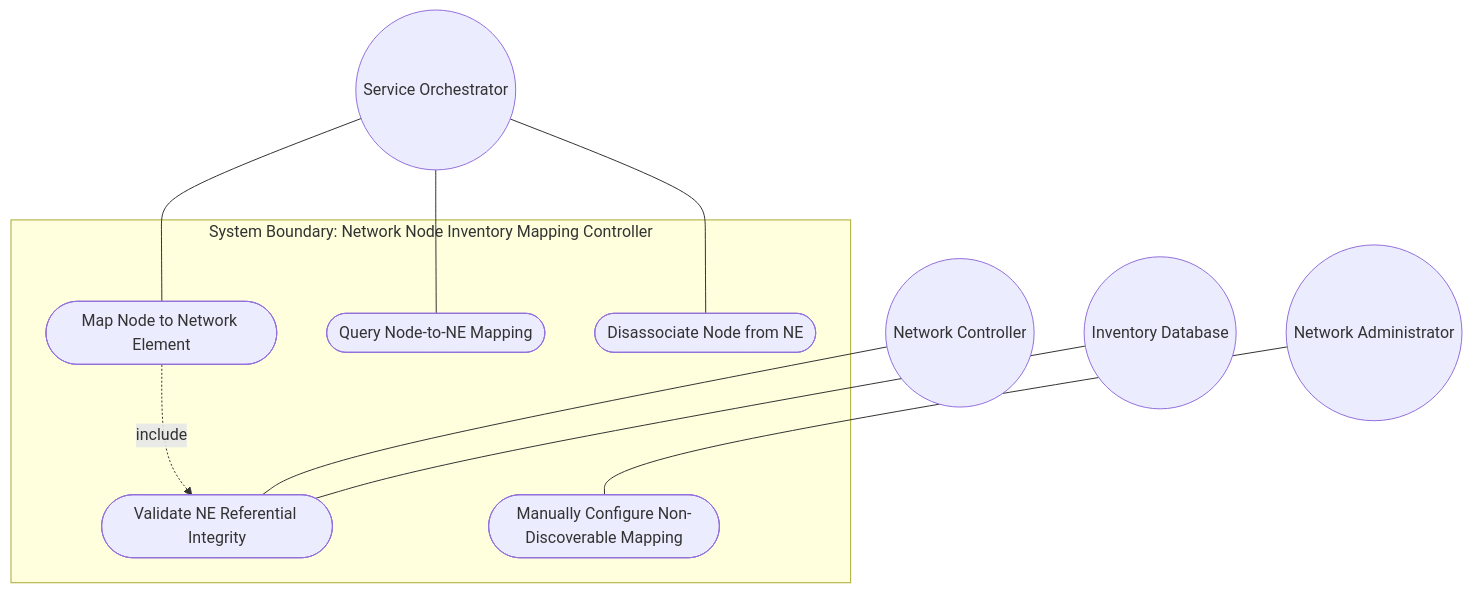
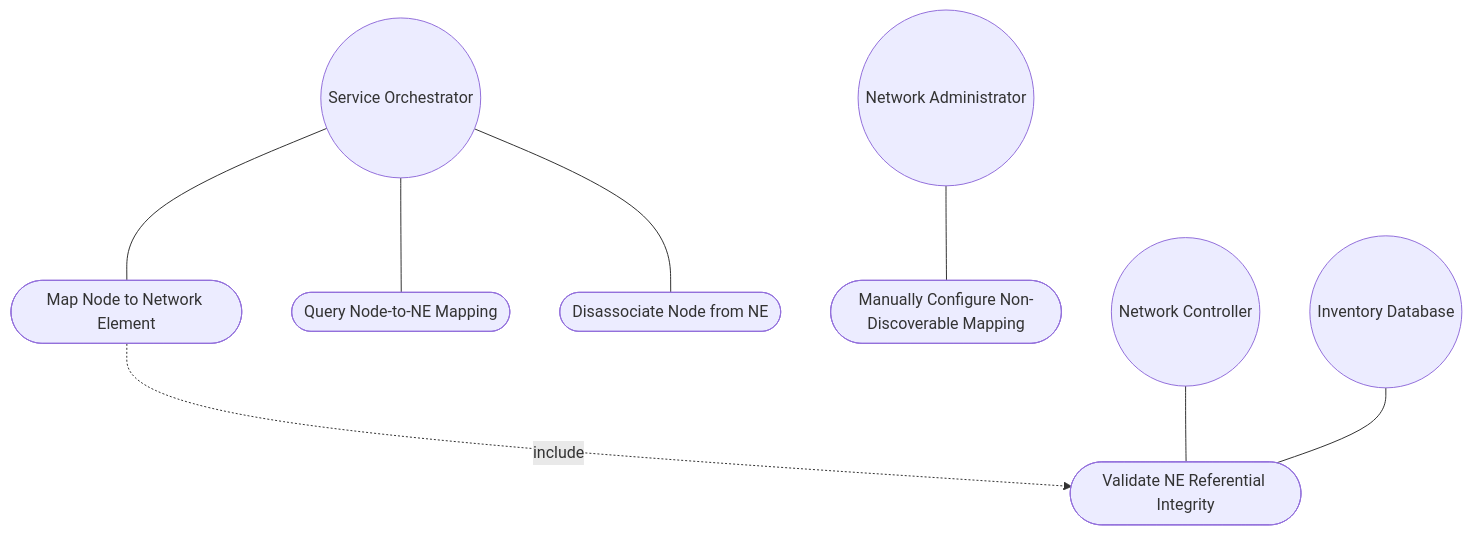
Before and after one commit to gintatkinson/3dgs-030: the first of 2 diagrams in docs/use-cases/uc-15-map-topology-node-to-network-element.md, drawn with Mermaid. The commit also changed 20 other files, not shown here.

First line of the commit message:
fix: repair Mermaid rendering across all 18 use cases and 5 topology features

````diff
--- a/docs/use-cases/uc-15-map-topology-node-to-network-element.md
+++ b/docs/use-cases/uc-15-map-topology-node-to-network-element.md
@@ -87,17 +87,15 @@
 ```mermaid
 graph TD
-    subgraph "System Boundary: Network Node Inventory Mapping Controller"
         UC_Map([Map Node to Network Element])
         UC_Validate([Validate NE Referential Integrity])
         UC_Query([Query Node-to-NE Mapping])
         UC_Manual([Manually Configure Non-Discoverable Mapping])
         UC_Remove([Disassociate Node from NE])
-    end
     Orchestrator((Service Orchestrator)) --- UC_Map
     Orchestrator --- UC_Query
     Orchestrator --- UC_Remove
     Admin((Network Administrator)) --- UC_Manual
     UC_Map -. "include" .-> UC_Validate
     NwController((Network Controller)) --- UC_Validate
     InvDb((Inventory Database)) --- UC_Validate
 ```
````
